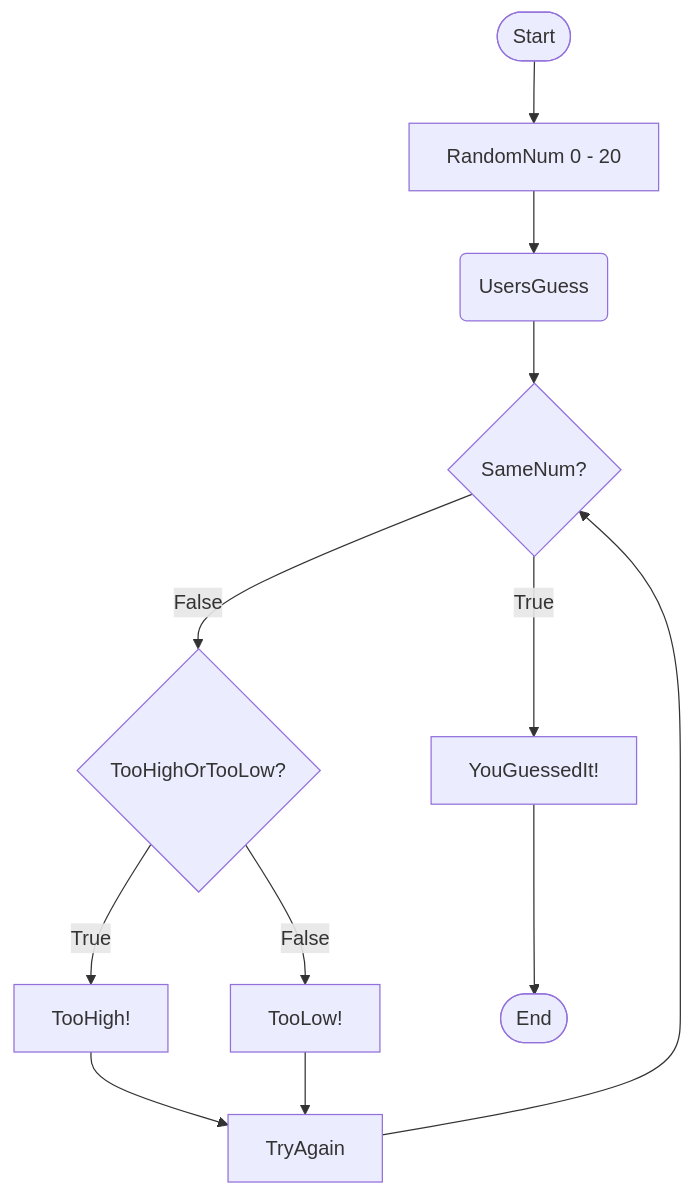
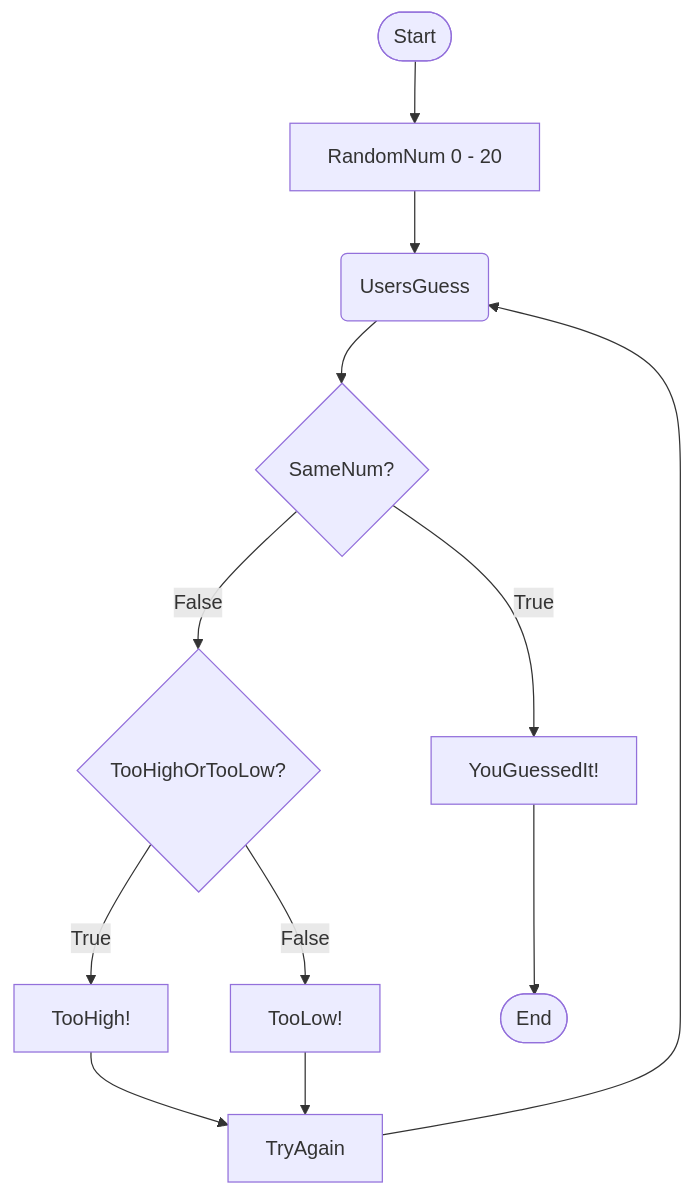
Before and after one commit to Fate127/Fate127.github.io: the diagram in README.md, drawn with Mermaid.

````diff
--- a/README.md
+++ b/README.md
@@ -22,14 +22,14 @@
 ```mermaid
 flowchart TD
 Start([Start]) --> RandomNum[RandomNum 0 - 20]
 RandomNum --> UsersGuess(UsersGuess)
 UsersGuess --> SameNum?{SameNum?}
 SameNum? -- True --> YouGuessedIt![YouGuessedIt!]
 SameNum? -- False --> TooHighOrTooLow?{TooHighOrTooLow?}
 TooHighOrTooLow? -- True --> TooHigh![TooHigh!]
 TooHighOrTooLow? -- False --> TooLow![TooLow!]
 TooHigh! --> TryAgain[TryAgain]
 TooLow! --> TryAgain[TryAgain]
-TryAgain --> SameNum?
+TryAgain --> UsersGuess
 YouGuessedIt! --> End([End])
 ```
````
